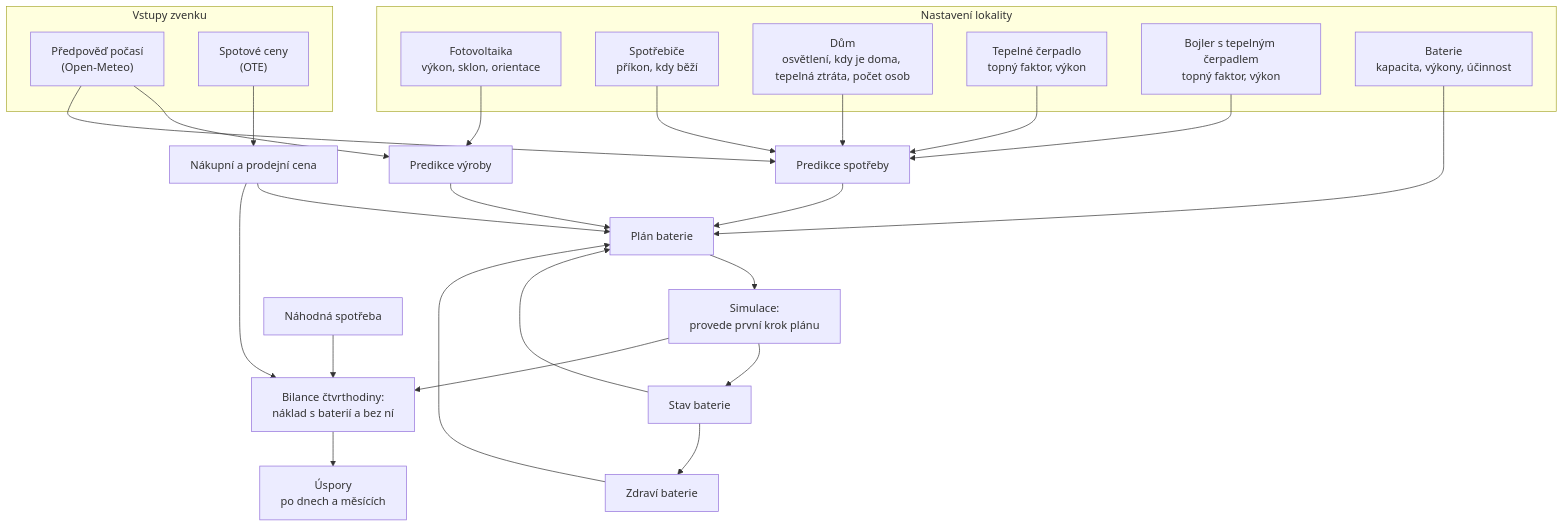
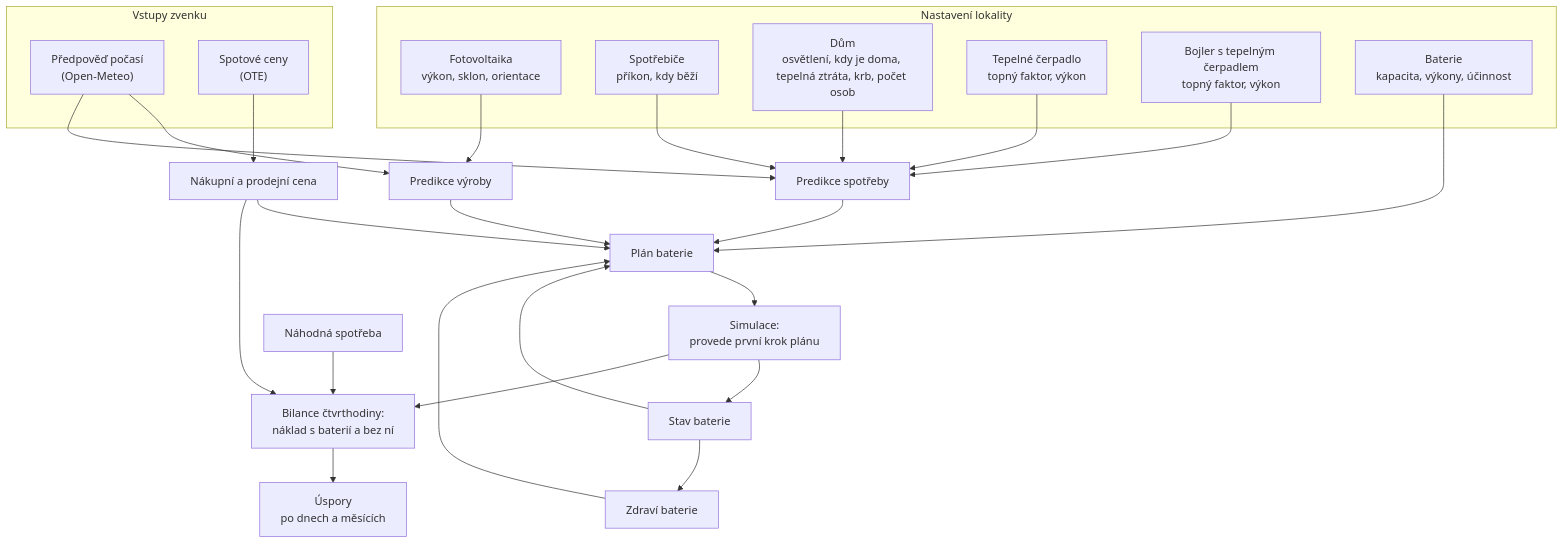
The diagram in docs/prehled.md (lilianluca/ems), drawn with Mermaid before and after one commit. The commit also changed other lines of this file and 17 other files, not shown here.

````diff
--- a/docs/prehled.md
+++ b/docs/prehled.md
@@ -63,41 +63,41 @@
 ```mermaid
 flowchart TD
     subgraph vstupy["Vstupy zvenku"]
         meteo["Předpověď počasí<br/>(Open-Meteo)"]
         ote["Spotové ceny<br/>(OTE)"]
     end
 
     subgraph nastaveni["Nastavení lokality"]
         fve["Fotovoltaika<br/>výkon, sklon, orientace"]
         spotrebice["Spotřebiče<br/>příkon, kdy běží"]
-        dum["Dům<br/>osvětlení, kdy je doma, tepelná ztráta, počet osob"]
+        dum["Dům<br/>osvětlení, kdy je doma, tepelná ztráta, krb, počet osob"]
         cerpadlo["Tepelné čerpadlo<br/>topný faktor, výkon"]
         bojler["Bojler s tepelným čerpadlem<br/>topný faktor, výkon"]
         baterie["Baterie<br/>kapacita, výkony, účinnost"]
     end
 
     meteo --> vyroba["Predikce výroby"]
     fve --> vyroba
     spotrebice --> spotreba["Predikce spotřeby"]
     dum --> spotreba
     cerpadlo --> spotreba
     bojler --> spotreba
     meteo --> spotreba
     ote --> ceny["Nákupní a prodejní cena"]
 
     vyroba --> plan["Plán baterie"]
     spotreba --> plan
     ceny --> plan
     baterie --> plan
     stav["Stav baterie"] --> plan
 
     plan --> simulace["Simulace:<br/>provede první krok plánu"]
     simulace --> stav
     simulace --> bilance["Bilance čtvrthodiny:<br/>náklad s baterií a bez ní"]
     ceny --> bilance
     nahoda["Náhodná spotřeba"] --> bilance
 
     bilance --> uspory["Úspory<br/>po dnech a měsících"]
     stav --> zdravi["Zdraví baterie"]
     zdravi --> plan
 ```
````
